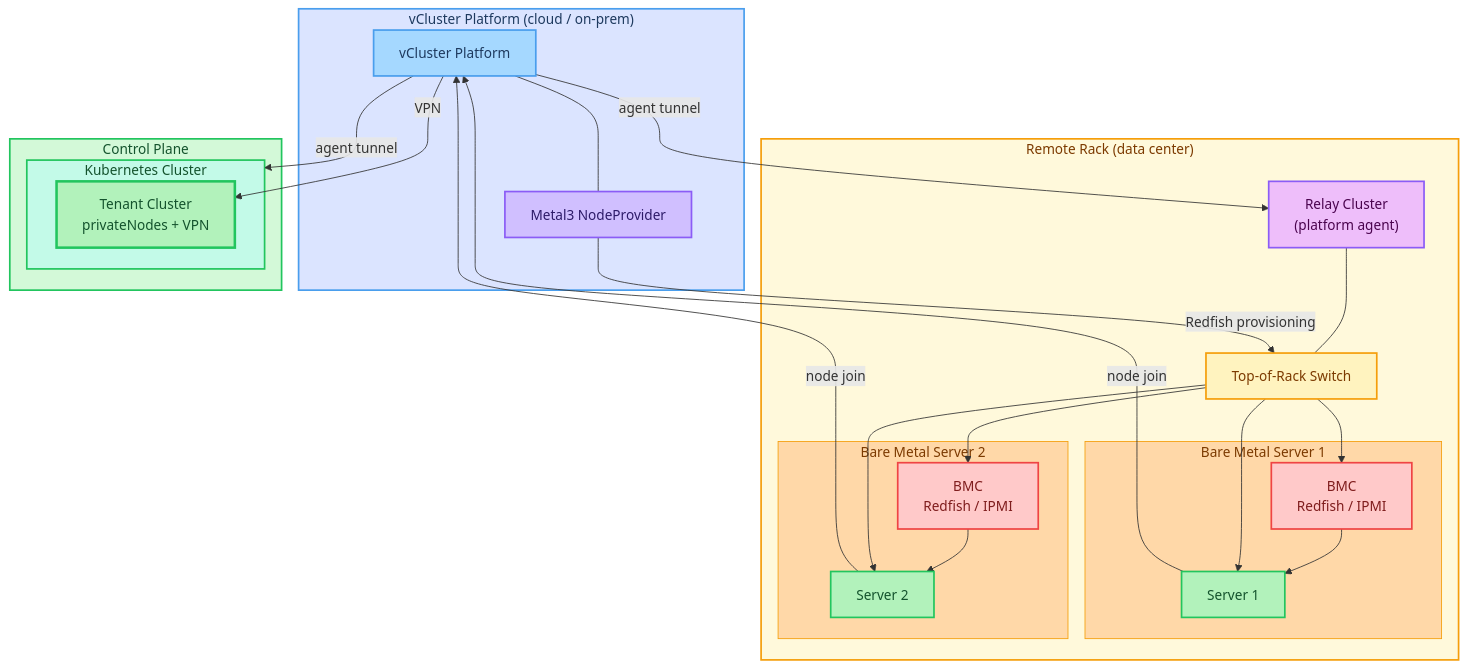
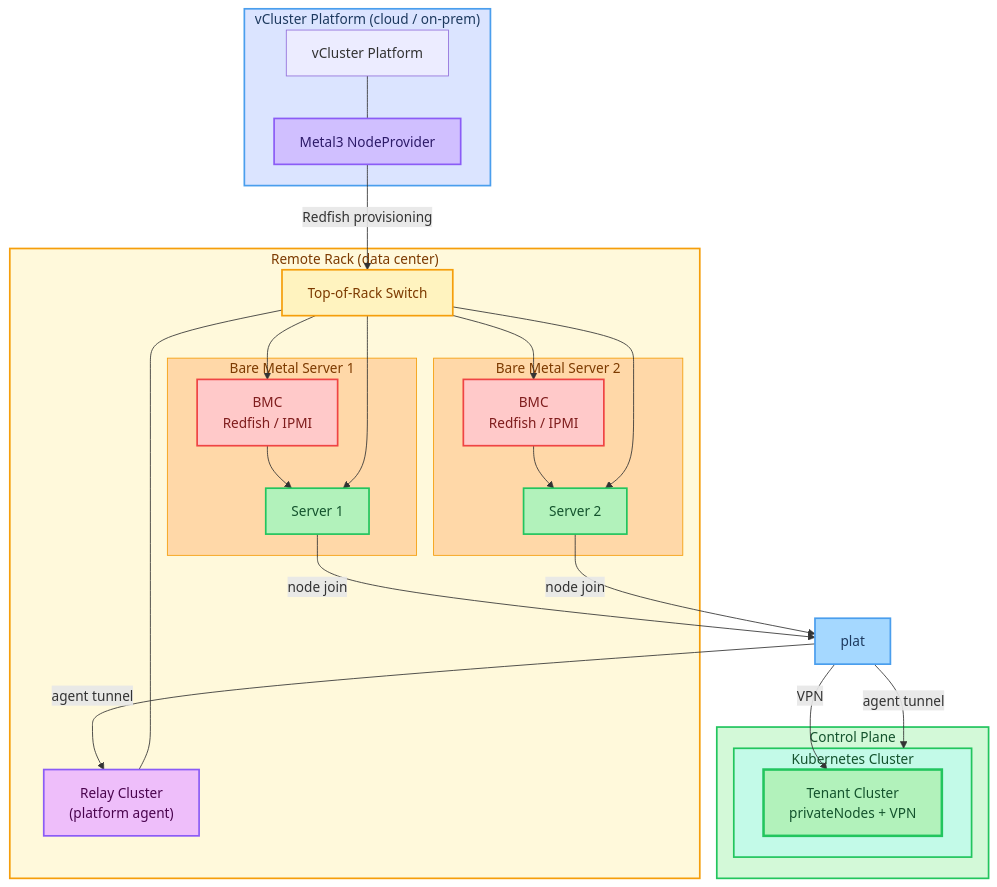
Before and after one commit to rmweir/vmetal-vpn-demo: the first of 2 diagrams in README.md, drawn with Mermaid.

Commit message:
Add diagrams

````diff
--- a/README.md
+++ b/README.md
@@ -9,61 +9,61 @@
 ```mermaid
 flowchart TD
     subgraph cloud["vCluster Platform (cloud / on-prem)"]
         platform["vCluster Platform"]
         metal3["Metal3 NodeProvider"]
         platform --- metal3
     end
 
     subgraph rack["Remote Rack (data center)"]
         relay["Relay Cluster\n(platform agent)"]
-        switch["Top-of-Rack Switch"]
-        relay --- switch
+        tor["Top-of-Rack Switch"]
+        relay --- tor
         subgraph bm1_box["Bare Metal Server 1"]
             bmc1["BMC\nRedfish / IPMI"]
             server1["Server 1"]
             bmc1 --> server1
         end
         subgraph bm2_box["Bare Metal Server 2"]
             bmc2["BMC\nRedfish / IPMI"]
             server2["Server 2"]
             bmc2 --> server2
         end
-        switch --> bmc1 & bmc2
-        switch --> server1 & server2
+        tor --> bmc1 & bmc2
+        tor --> server1 & server2
     end
 
     subgraph cp["Control Plane"]
         subgraph k8s["Kubernetes Cluster"]
             vci["Tenant Cluster\nprivateNodes + VPN"]
         end
     end
 
-    platform -->|agent tunnel| relay
-    platform -->|agent tunnel| k8s
-    metal3 -->|Redfish provisioning| switch
-    server1 & server2 -->|node join| platform
-    platform -->|VPN| vci
+    plat -->|agent tunnel| relay
+    plat -->|agent tunnel| k8s
+    metal3 -->|Redfish provisioning| tor
+    server1 & server2 -->|node join| plat
+    plat -->|VPN| vci
 
-    classDef platform fill:#a5d8ff,stroke:#4a9eed,stroke-width:2px,color:#1e3a5f
+    classDef platNode fill:#a5d8ff,stroke:#4a9eed,stroke-width:2px,color:#1e3a5f
     classDef provider fill:#d0bfff,stroke:#8b5cf6,stroke-width:2px,color:#2d1b69
     classDef relayNode fill:#eebefa,stroke:#8b5cf6,stroke-width:2px,color:#4a044e
-    classDef switchNode fill:#fff3bf,stroke:#f59e0b,stroke-width:2px,color:#7c3a00
+    classDef torNode fill:#fff3bf,stroke:#f59e0b,stroke-width:2px,color:#7c3a00
     classDef bmc fill:#ffc9c9,stroke:#ef4444,stroke-width:2px,color:#7f1d1d
     classDef bm fill:#b2f2bb,stroke:#22c55e,stroke-width:2px,color:#14532d
     classDef vciNode fill:#b2f2bb,stroke:#22c55e,stroke-width:3px,color:#14532d
 
-    class platform platform
+    class plat platNode
     class metal3 provider
     class relay relayNode
-    class switch switchNode
+    class tor torNode
     class bmc1,bmc2 bmc
     class server1,server2 bm
     class vci vciNode
 
     style cloud fill:#dbe4ff,stroke:#4a9eed,stroke-width:2px,color:#1e3a5f
     style rack fill:#fff9db,stroke:#f59e0b,stroke-width:2px,color:#7c3a00
     style bm1_box fill:#ffd8a8,stroke:#f59e0b,stroke-width:1px,color:#7c3a00
     style bm2_box fill:#ffd8a8,stroke:#f59e0b,stroke-width:1px,color:#7c3a00
     style cp fill:#d3f9d8,stroke:#22c55e,stroke-width:2px,color:#14532d
     style k8s fill:#c3fae8,stroke:#22c55e,stroke-width:2px,color:#14532d
 ```
````
